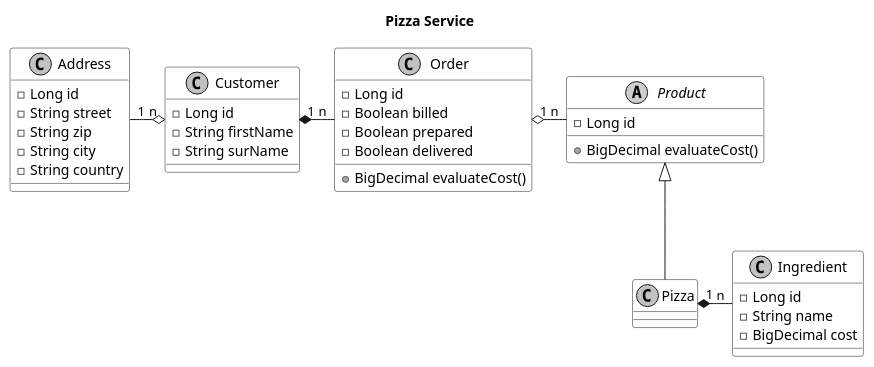
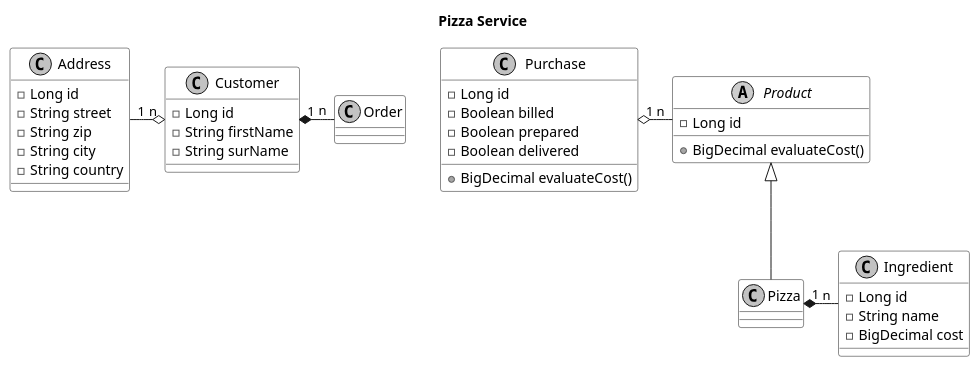
The diagram in uml/all.puml (mervyn-mccreight/delivery), drawn with PlantUML before and after one commit. The commit also changed 20 other files, not shown here.

Commit message:
introduce bidirectional mapping in Product and Purchase and Customer. fix tests. add database schema diagrams.

```diff
--- a/uml/all.puml
+++ b/uml/all.puml
@@ -1,54 +1,54 @@
 @startuml
 
 title Pizza Service
 skinparam monochrome true
 skinparam classBackgroundColor #ffffff
 skinparam stereoTypeCBackgroundColor #ffffff
 skinparam stereoTypeABackgroundColor #ffffff
 skinparam shadowing false
 
 abstract class Product {
     -Long id
     +BigDecimal evaluateCost()
 }
 
 class Pizza
 
 class Ingredient {
     -Long id
     -String name
     -BigDecimal cost
 }
 
 Pizza "1" *- "n" Ingredient
 Product <|-- Pizza
 
-class Order {
+class Purchase {
     -Long id
     -Boolean billed
     -Boolean prepared
     -Boolean delivered
     +BigDecimal evaluateCost()
 }
 
-Order "1" o- "n" Product
+Purchase "1" o- "n" Product
 
 class Customer {
     -Long id
     -String firstName
     -String surName
 }
 
 Customer "1" *- "n" Order
 
 class Address {
     -Long id
     -String street
     -String zip
     -String city
     -String country
 }
 
 Customer "n" o-left- "1" Address
 
 @enduml
```
